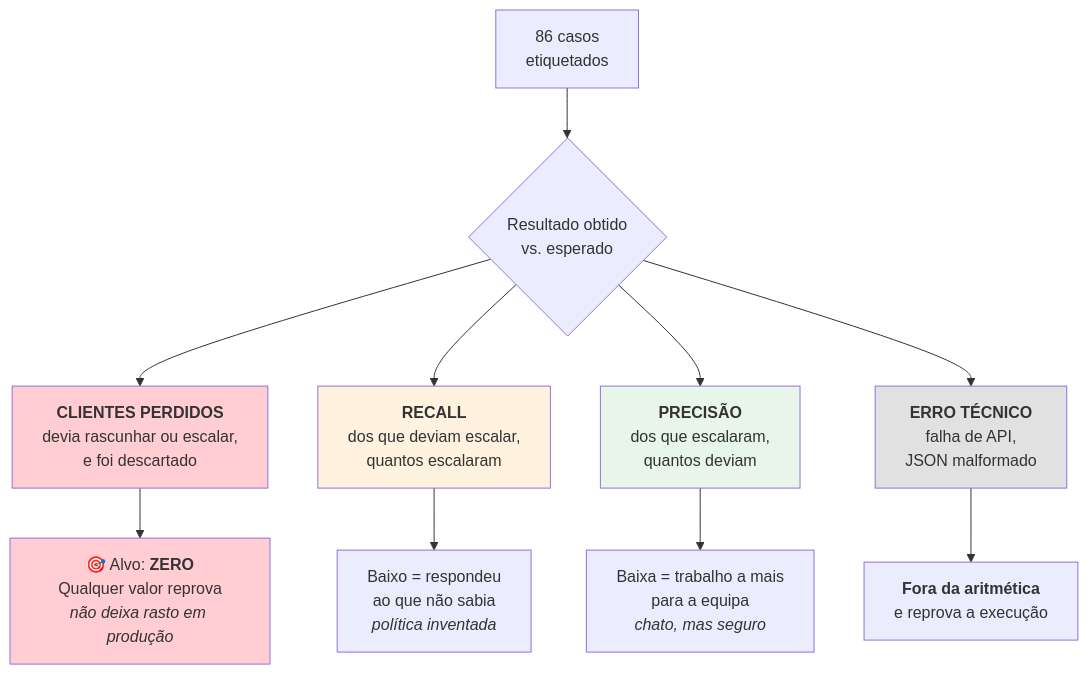
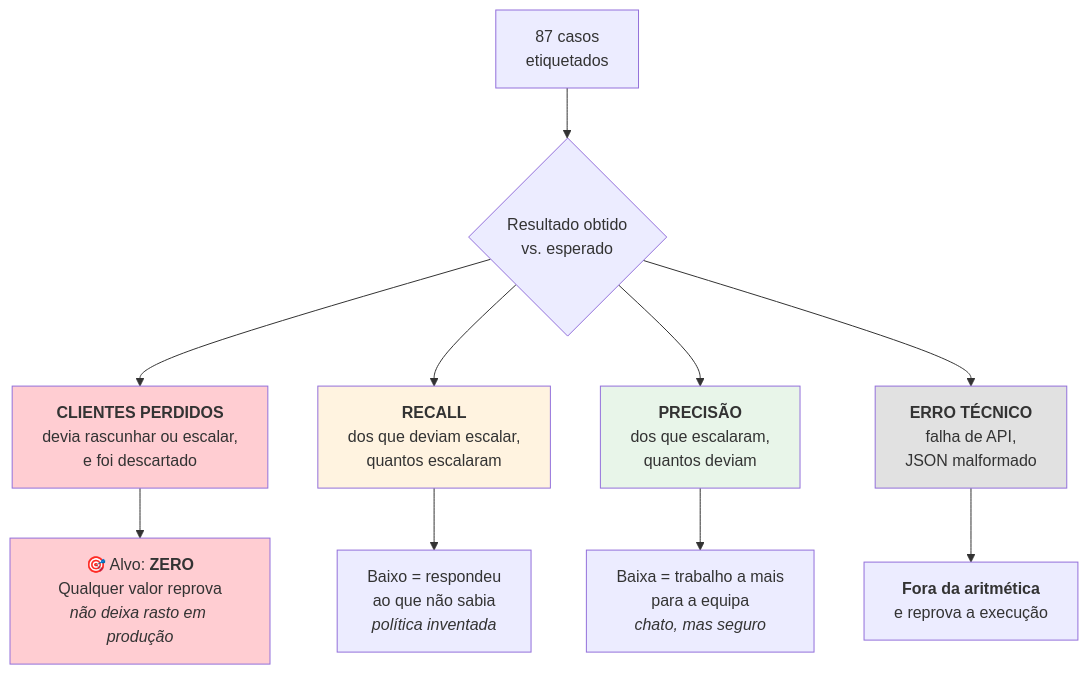
The diagram in docs/05-reliability/evaluation.md (joaocarvalhini/Outlook-Reply-Assistant), drawn with Mermaid before and after one commit. The commit also changed other lines of this file and 8 other files, not shown here.

````diff
--- a/docs/05-reliability/evaluation.md
+++ b/docs/05-reliability/evaluation.md
@@ -24,20 +24,20 @@
 ```mermaid
 flowchart TD
-    A["86 casos<br/>etiquetados"] --> B{"Resultado obtido<br/>vs. esperado"}
+    A["87 casos<br/>etiquetados"] --> B{"Resultado obtido<br/>vs. esperado"}
 
     B --> C["<b>CLIENTES PERDIDOS</b><br/>devia rascunhar ou escalar,<br/>e foi descartado"]
     B --> D["<b>RECALL</b><br/>dos que deviam escalar,<br/>quantos escalaram"]
     B --> E["<b>PRECISÃO</b><br/>dos que escalaram,<br/>quantos deviam"]
     B --> F["<b>ERRO TÉCNICO</b><br/>falha de API,<br/>JSON malformado"]
 
     C --> C1["🎯 Alvo: <b>ZERO</b><br/>Qualquer valor reprova<br/><i>não deixa rasto em produção</i>"]
     D --> D1["Baixo = respondeu<br/>ao que não sabia<br/><i>política inventada</i>"]
     E --> E1["Baixa = trabalho a mais<br/>para a equipa<br/><i>chato, mas seguro</i>"]
     F --> F1["<b>Fora da aritmética</b><br/>e reprova a execução"]
 
     style C fill:#ffcdd2
     style C1 fill:#ffcdd2
     style D fill:#fff3e0
     style E fill:#e8f5e9
     style F fill:#e1e1e1
 ```
````
